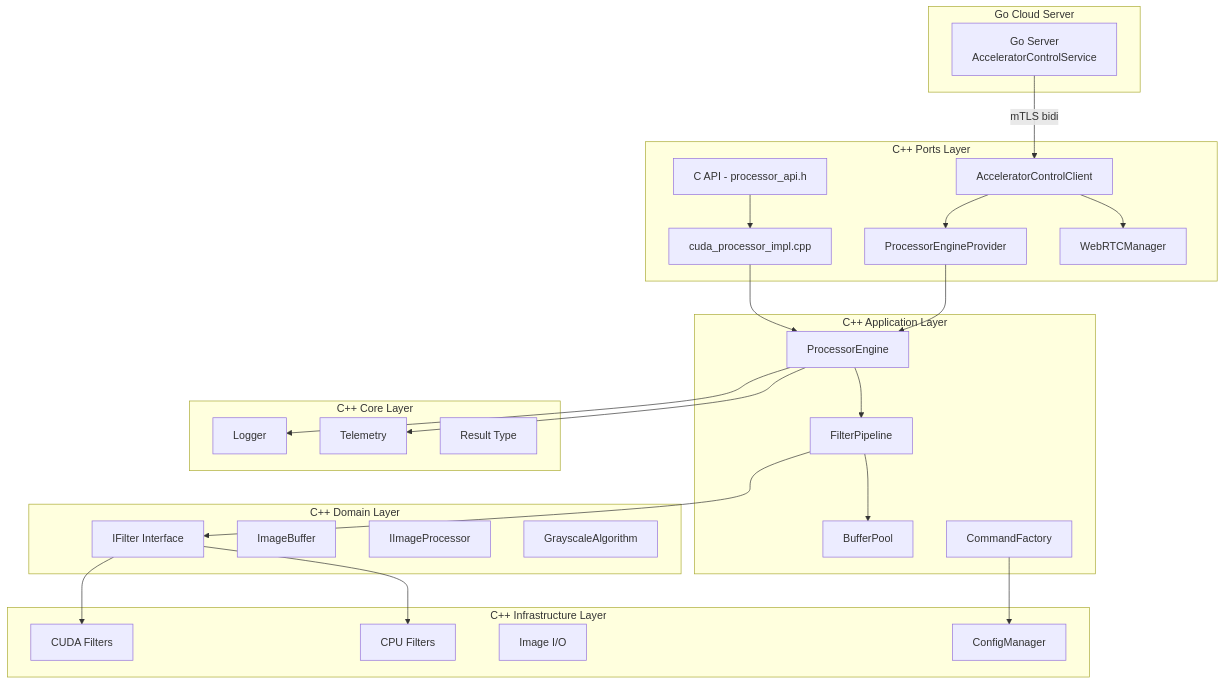
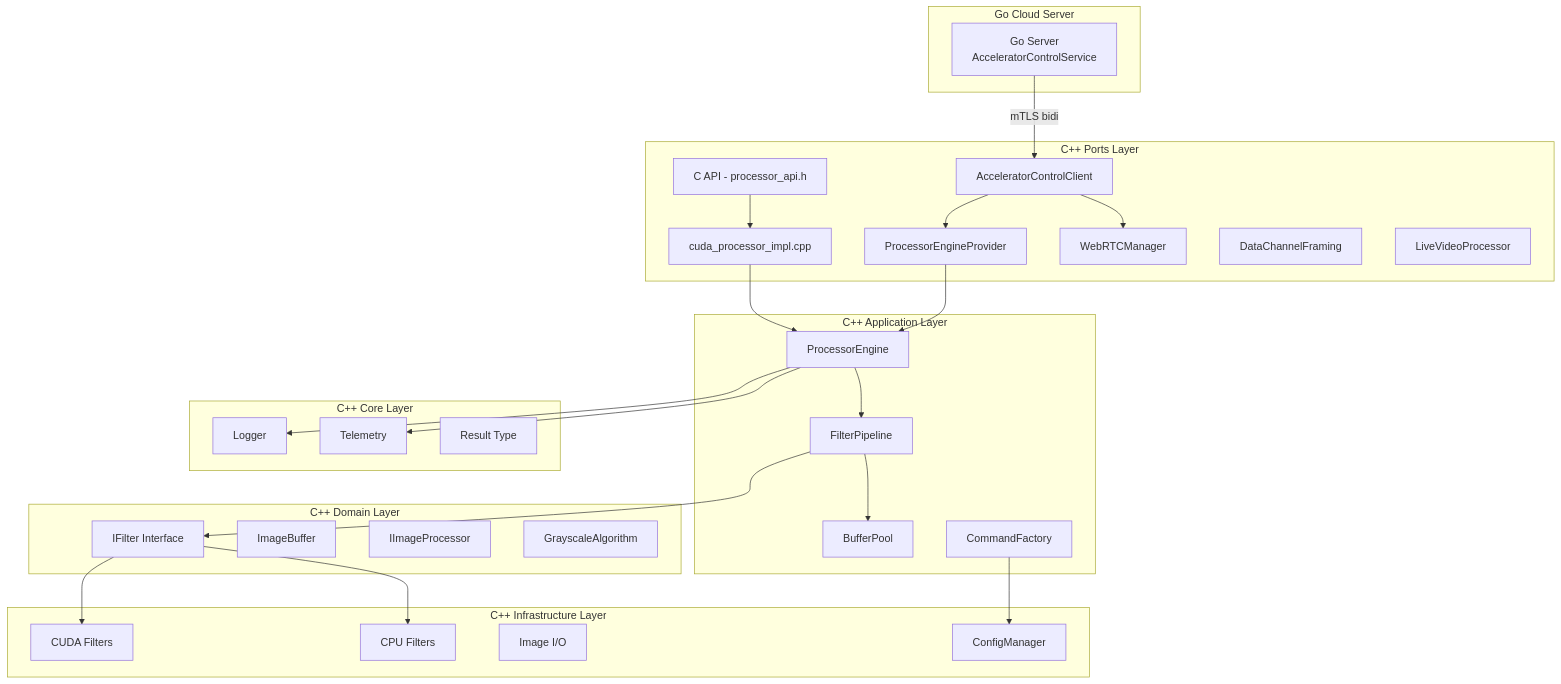
The second of 6 diagrams in src/cpp_accelerator/README.md (josnelihurt/learning-cuda), drawn with Mermaid before and after one commit. The commit also changed other lines of this file and 7 other files, not shown here.

First line of the commit message:
feat: integrate YOLO object detection and data channel framing into the system

````diff
--- a/src/cpp_accelerator/README.md
+++ b/src/cpp_accelerator/README.md
@@ -89,57 +95,59 @@
 ```mermaid
 graph TB
     subgraph "Go Cloud Server"
         GoServer[Go Server<br/>AcceleratorControlService]
     end
     
     subgraph "C++ Ports Layer"
         CAPI[C API - processor_api.h]
         SharedLib[cuda_processor_impl.cpp]
         AccelClient[AcceleratorControlClient]
         Provider[ProcessorEngineProvider]
         WebRTCPort[WebRTCManager]
+        DataChannelFraming[DataChannelFraming]
+        LiveVideoProcessor[LiveVideoProcessor]
     end
     
     subgraph "C++ Application Layer"
         ProcessorEngine[ProcessorEngine]
         FilterPipeline[FilterPipeline]
         BufferPool[BufferPool]
         CommandFactory[CommandFactory]
     end
     
     subgraph "C++ Domain Layer"
         IFilter[IFilter Interface]
         ImageBuffer[ImageBuffer]
         IImageProcessor[IImageProcessor]
         GrayscaleAlgorithm[GrayscaleAlgorithm]
     end
     
     subgraph "C++ Infrastructure Layer"
         CudaFilters[CUDA Filters]
         CpuFilters[CPU Filters]
         ImageIO[Image I/O]
         ConfigManager[ConfigManager]
     end
     
     subgraph "C++ Core Layer"
         Logger[Logger]
         Telemetry[Telemetry]
         Result[Result Type]
     end
     
     GoServer -->|mTLS bidi| AccelClient
     AccelClient --> Provider
     Provider --> ProcessorEngine
     AccelClient --> WebRTCPort
     
     CAPI --> SharedLib
     SharedLib --> ProcessorEngine
     ProcessorEngine --> FilterPipeline
     FilterPipeline --> BufferPool
     FilterPipeline --> IFilter
     IFilter --> CudaFilters
     IFilter --> CpuFilters
     CommandFactory --> ConfigManager
     ProcessorEngine --> Logger
     ProcessorEngine --> Telemetry
 ```
````
